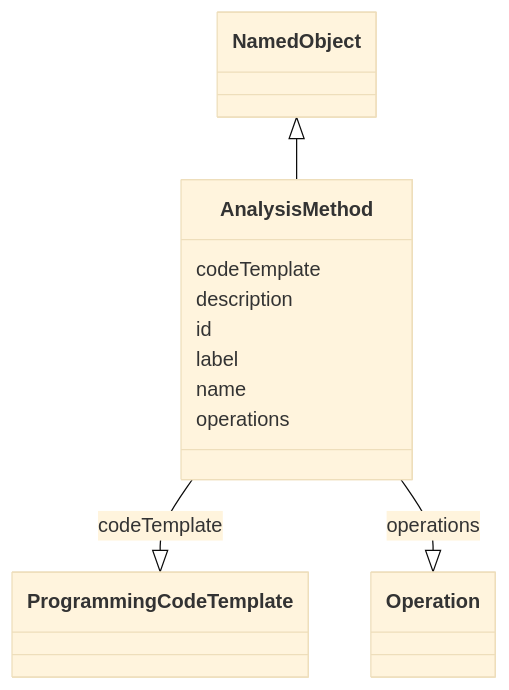
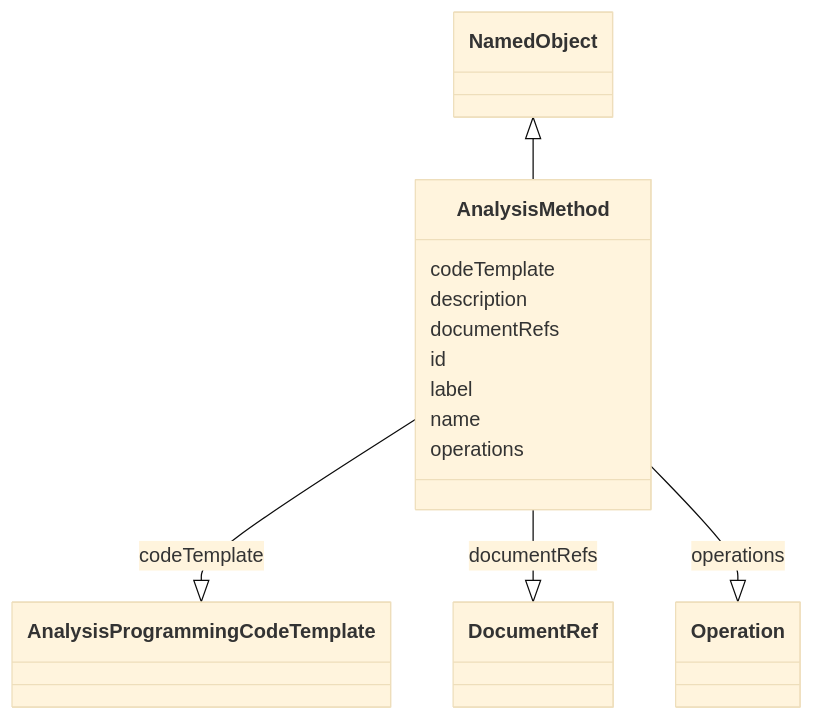
The diagram in project/docs/AnalysisMethod.md (cdisc-org/analysis-results-standard), drawn with Mermaid (base theme) before and after one commit. The commit also changed other lines of this file and 303 other files, not shown here.

````diff
--- a/project/docs/AnalysisMethod.md
+++ b/project/docs/AnalysisMethod.md
@@ -14,23 +14,27 @@
 ```mermaid
  classDiagram
     class AnalysisMethod
       NamedObject <|-- AnalysisMethod
       
       AnalysisMethod : codeTemplate
         
-          AnalysisMethod --|> ProgrammingCodeTemplate : codeTemplate
+          AnalysisMethod --|> AnalysisProgrammingCodeTemplate : codeTemplate
         
       AnalysisMethod : description
+        
+      AnalysisMethod : documentRefs
+        
+          AnalysisMethod --|> DocumentRef : documentRefs
         
       AnalysisMethod : id
         
       AnalysisMethod : label
         
       AnalysisMethod : name
         
       AnalysisMethod : operations
         
           AnalysisMethod --|> Operation : operations
         
       
 ```
````
